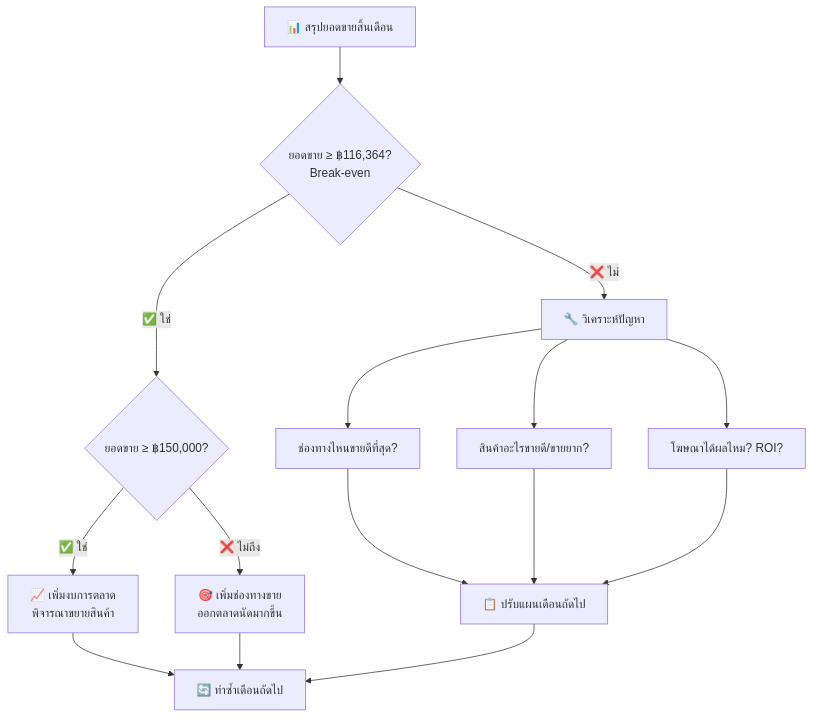
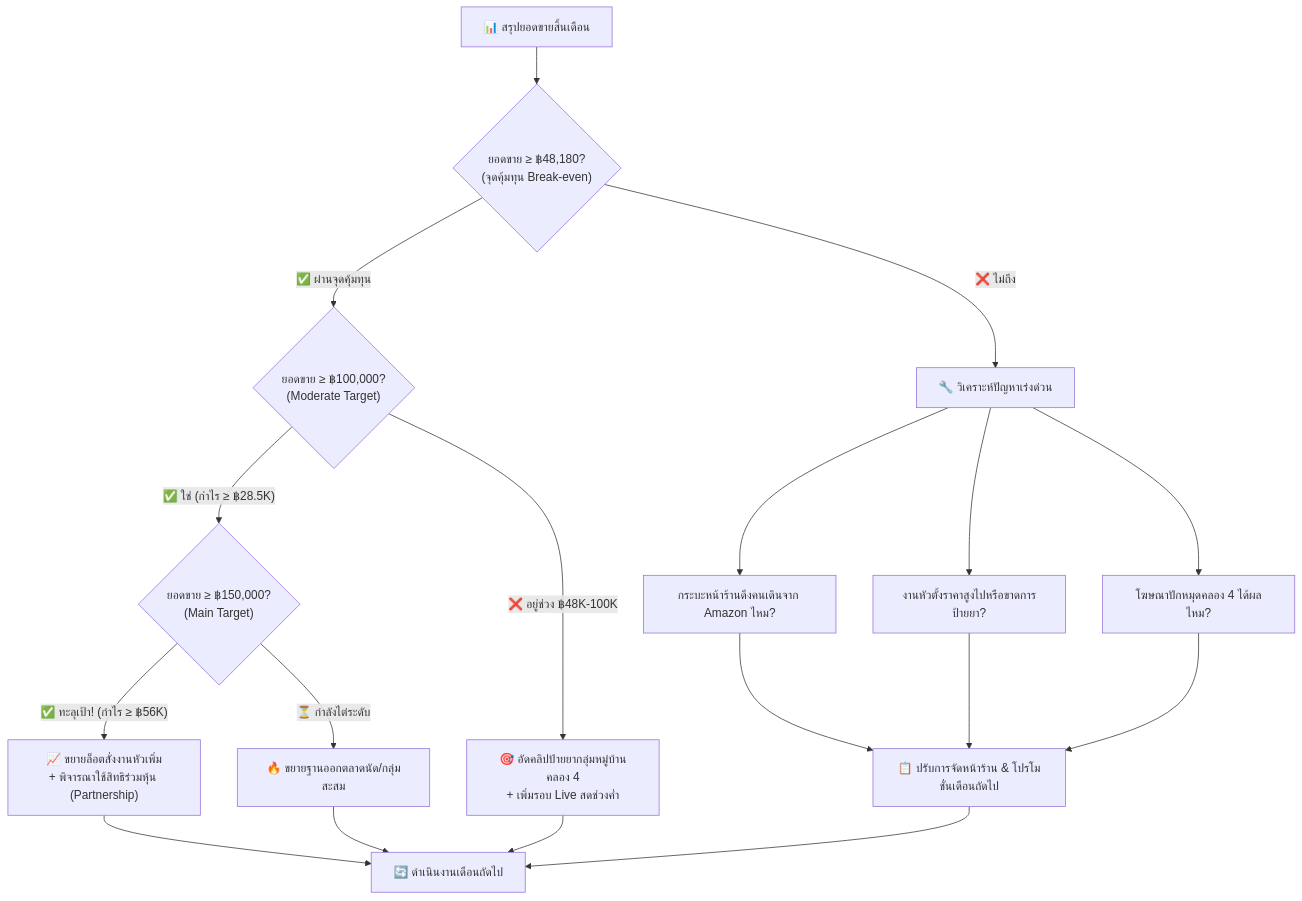
The seventh of 12 diagrams in README.md (temsiripuns100/goods-japan-business-plan), drawn with Mermaid before and after one commit. The commit also changed other lines of this file, not shown here.

````diff
--- a/README.md
+++ b/README.md
@@ -642,20 +642,21 @@
 ```mermaid
 flowchart TD
-    START["📊 สรุปยอดขายสิ้นเดือน"] --> Q1{"ยอดขาย ≥ ฿116,364?<br/>Break-even"}
+    START["📊 สรุปยอดขายสิ้นเดือน"] --> Q1{"ยอดขาย ≥ ฿48,180?<br/>(จุดคุ้มทุน Break-even)"}
     
-    Q1 -- "✅ ใช่" --> Q2{"ยอดขาย ≥ ฿150,000?"}
-    Q1 -- "❌ ไม่" --> FIX["🔧 วิเคราะห์ปัญหา"]
+    Q1 -- "✅ ผ่านจุดคุ้มทุน" --> Q2{"ยอดขาย ≥ ฿100,000?<br/>(Moderate Target)"}
+    Q1 -- "❌ ไม่ถึง" --> FIX["🔧 วิเคราะห์ปัญหาเร่งด่วน"]
     
-    Q2 -- "✅ ใช่" --> GROW["📈 เพิ่มงบการตลาด<br/>พิจารณาขยายสินค้า"]
-    Q2 -- "❌ ไม่ถึง" --> IMPROVE["🎯 เพิ่มช่องทางขาย<br/>ออกตลาดนัดมากขึ้น"]
+    Q2 -- "✅ ใช่ (กำไร ≥ ฿28.5K)" --> Q3{"ยอดขาย ≥ ฿150,000?<br/>(Main Target)"}
+    Q2 -- "❌ อยู่ช่วง ฿48K-100K" --> IMPROVE["🎯 อัดคลิปป้ายยากลุ่มหมู่บ้านคลอง 4<br/>+ เพิ่มรอบ Live สดช่วงค่ำ"]
     
-    FIX --> F1["ช่องทางไหนขายดีที่สุด?"]
-    FIX --> F2["สินค้าอะไรขายดี/ขายยาก?"]
-    FIX --> F3["โฆษณาได้ผลไหม? ROI?"]
+    Q3 -- "✅ ทะลุเป้า! (กำไร ≥ ฿56K)" --> GROW["📈 ขยายล็อตสั่งงานหัวเพิ่ม<br/>+ พิจารณาใช้สิทธิร่วมหุ้น (Partnership)"]
+    Q3 -- "⏳ กำลังไต่ระดับ" --> SCALE["🔥 ขยายฐานออกตลาดนัด/กลุ่มสะสม"]
     
-    F1 & F2 & F3 --> ACTION["📋 ปรับแผนเดือนถัดไป"]
+    FIX --> F1["กระบะหน้าร้านดึงคนเดินจาก Amazon ไหม?"]
+    FIX --> F2["งานหัวตั้งราคาสูงไปหรือขาดการป้ายยา?"]
+    FIX --> F3["โฆษณาปักหมุดคลอง 4 ได้ผลไหม?"]
     
-    GROW --> NEXT["🔄 ทำซ้ำเดือนถัดไป"]
-    IMPROVE --> NEXT
-    ACTION --> NEXT
+    F1 & F2 & F3 --> ACTION["📋 ปรับการจัดหน้าร้าน & โปรโมชั่นเดือนถัดไป"]
+    
+    GROW & SCALE & IMPROVE & ACTION --> NEXT["🔄 ดำเนินงานเดือนถัดไป"]
 ```
````
